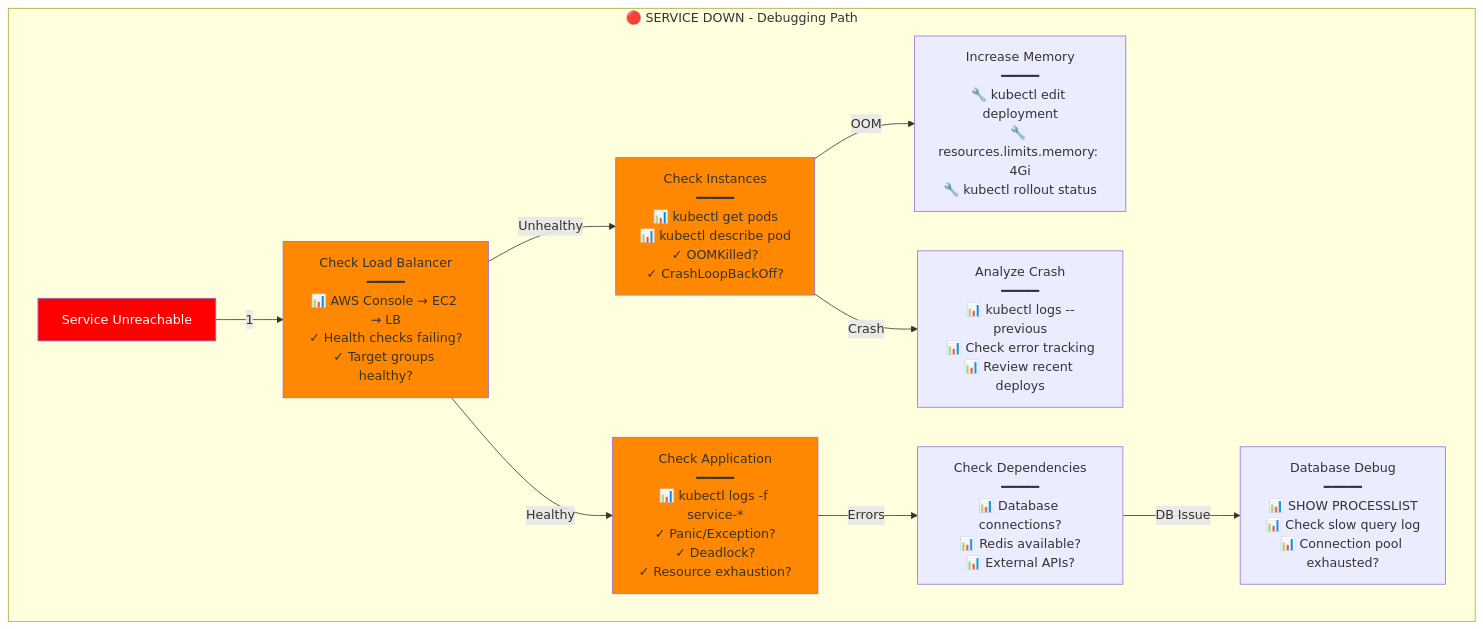
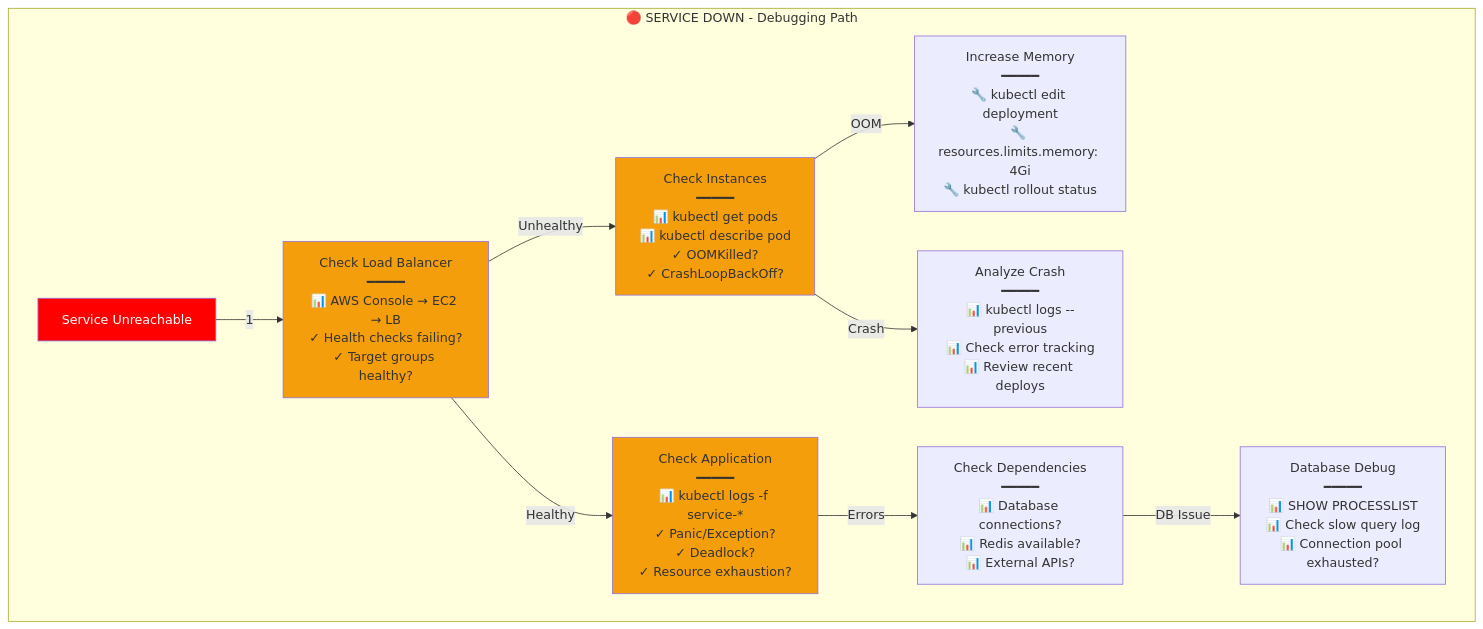
The first of 8 diagrams in site/docs/diagrams/INCIDENT_RESPONSE_TEMPLATES.md (deepaucksharma/DS), drawn with Mermaid before and after one commit. The commit also changed other lines of this file and 303 other files, not shown here.

````diff
--- a/site/docs/diagrams/INCIDENT_RESPONSE_TEMPLATES.md
+++ b/site/docs/diagrams/INCIDENT_RESPONSE_TEMPLATES.md
@@ -6,23 +6,23 @@
 ```mermaid
 graph TB
     subgraph "🔴 SERVICE DOWN - Debugging Path"
         Start[Service Unreachable] -->|1| CheckLB[Check Load Balancer<br/>━━━━━<br/>📊 AWS Console → EC2 → LB<br/>✓ Health checks failing?<br/>✓ Target groups healthy?]
 
         CheckLB -->|Unhealthy| CheckInstances[Check Instances<br/>━━━━━<br/>📊 kubectl get pods<br/>📊 kubectl describe pod<br/>✓ OOMKilled?<br/>✓ CrashLoopBackOff?]
 
         CheckLB -->|Healthy| CheckApp[Check Application<br/>━━━━━<br/>📊 kubectl logs -f service-*<br/>✓ Panic/Exception?<br/>✓ Deadlock?<br/>✓ Resource exhaustion?]
 
         CheckInstances -->|OOM| MemoryFix[Increase Memory<br/>━━━━━<br/>🔧 kubectl edit deployment<br/>🔧 resources.limits.memory: 4Gi<br/>🔧 kubectl rollout status]
 
         CheckInstances -->|Crash| LogAnalysis[Analyze Crash<br/>━━━━━<br/>📊 kubectl logs --previous<br/>📊 Check error tracking<br/>📊 Review recent deploys]
 
         CheckApp -->|Errors| CheckDeps[Check Dependencies<br/>━━━━━<br/>📊 Database connections?<br/>📊 Redis available?<br/>📊 External APIs?]
 
         CheckDeps -->|DB Issue| DBDebug[Database Debug<br/>━━━━━<br/>📊 SHOW PROCESSLIST<br/>📊 Check slow query log<br/>📊 Connection pool exhausted?]
     end
 
     style Start fill:#ff0000,color:#fff
-    style CheckLB fill:#ff8800
-    style CheckInstances fill:#ff8800
-    style CheckApp fill:#ff8800
+    style CheckLB fill:#F59E0B
+    style CheckInstances fill:#F59E0B
+    style CheckApp fill:#F59E0B
 ```
````
